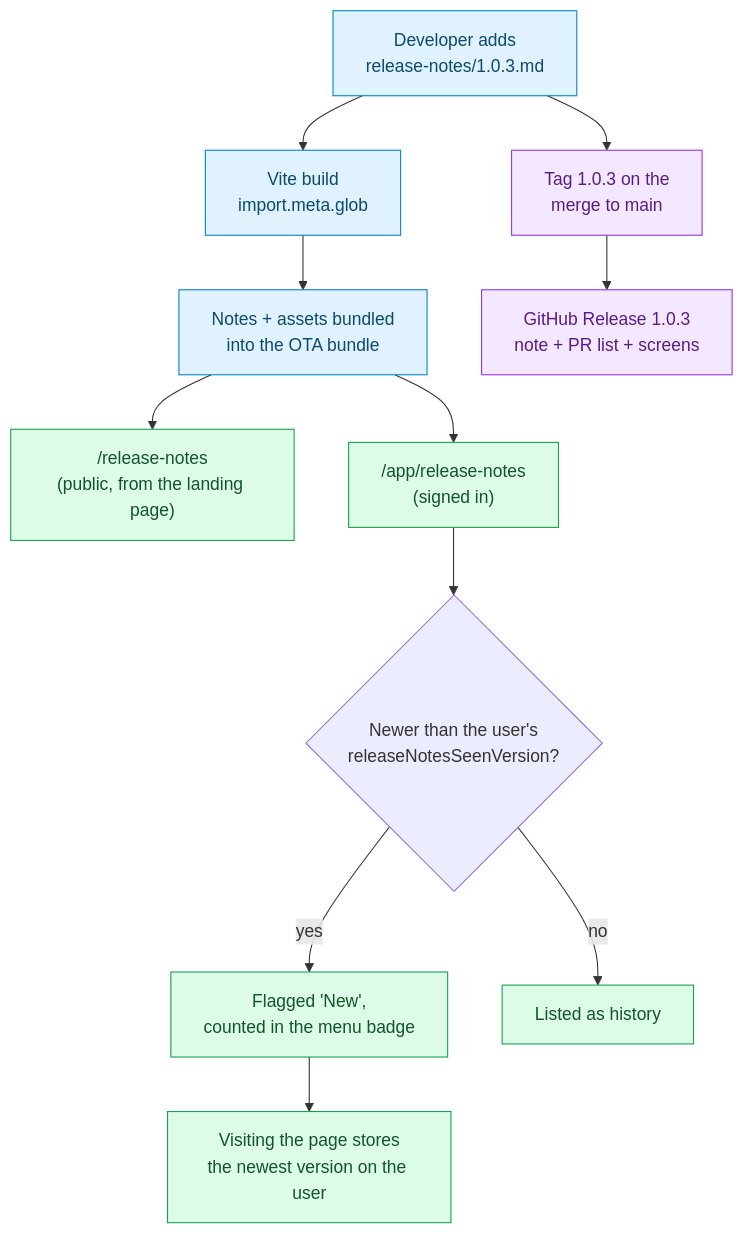
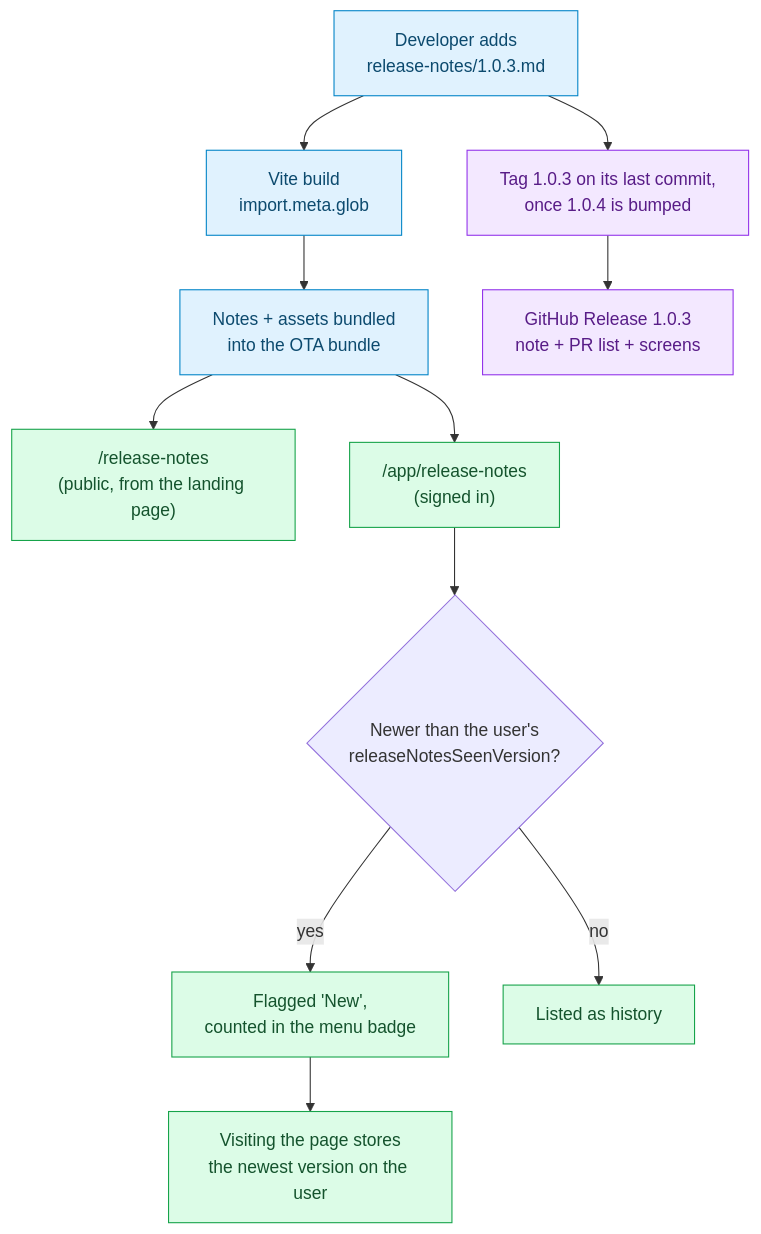
One commit to Dharp02/timehuddle changed the diagram in release-notes/README.md. Above: the diagram before and after it, drawn with Mermaid. The commit also changed other lines of this file and 1 other file, not shown here.

First line of the commit message:
docs(release-notes): tag each version on the last commit it shipped from

````diff
--- a/release-notes/README.md
+++ b/release-notes/README.md
@@ -196,20 +203,20 @@
 ```mermaid
 flowchart TD
     Author["Developer adds<br/>release-notes/1.0.3.md"] --> Build["Vite build<br/>import.meta.glob"]
     Build --> Bundle["Notes + assets bundled<br/>into the OTA bundle"]
     Bundle --> Public["/release-notes<br/>(public, from the landing page)"]
     Bundle --> Page["/app/release-notes<br/>(signed in)"]
     Page --> Seen{"Newer than the user's<br/>releaseNotesSeenVersion?"}
     Seen -->|yes| New["Flagged 'New',<br/>counted in the menu badge"]
     Seen -->|no| Old["Listed as history"]
     New --> Mark["Visiting the page stores<br/>the newest version on the user"]
-    Author --> Tag["Tag 1.0.3 on the<br/>merge to main"]
+    Author --> Tag["Tag 1.0.3 on its last commit,<br/>once 1.0.4 is bumped"]
     Tag --> Release["GitHub Release 1.0.3<br/>note + PR list + screens"]
 
     classDef authoring fill:#e0f2fe,stroke:#0284c7,color:#0c4a6e
     classDef runtime fill:#dcfce7,stroke:#16a34a,color:#14532d
     classDef github fill:#f3e8ff,stroke:#9333ea,color:#581c87
     class Author,Build,Bundle authoring
     class Public,Page,New,Old,Mark runtime
     class Tag,Release github
 ```
````
